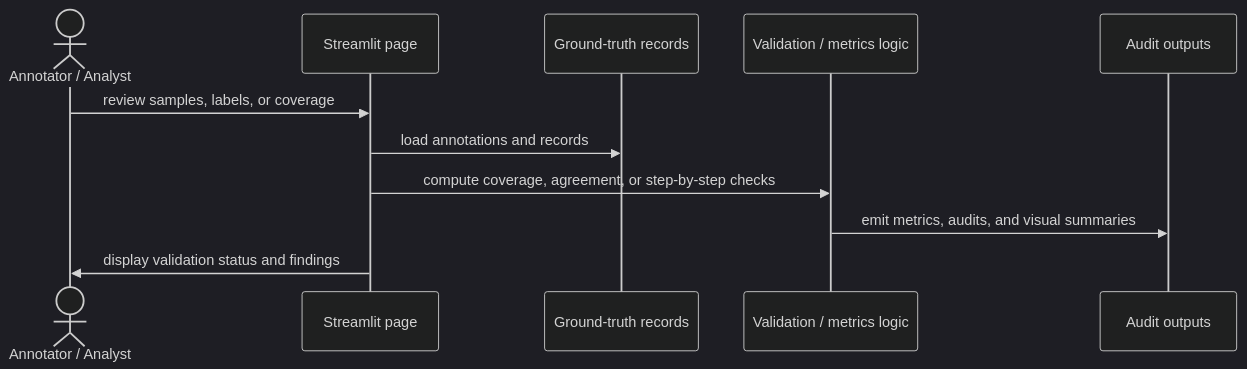
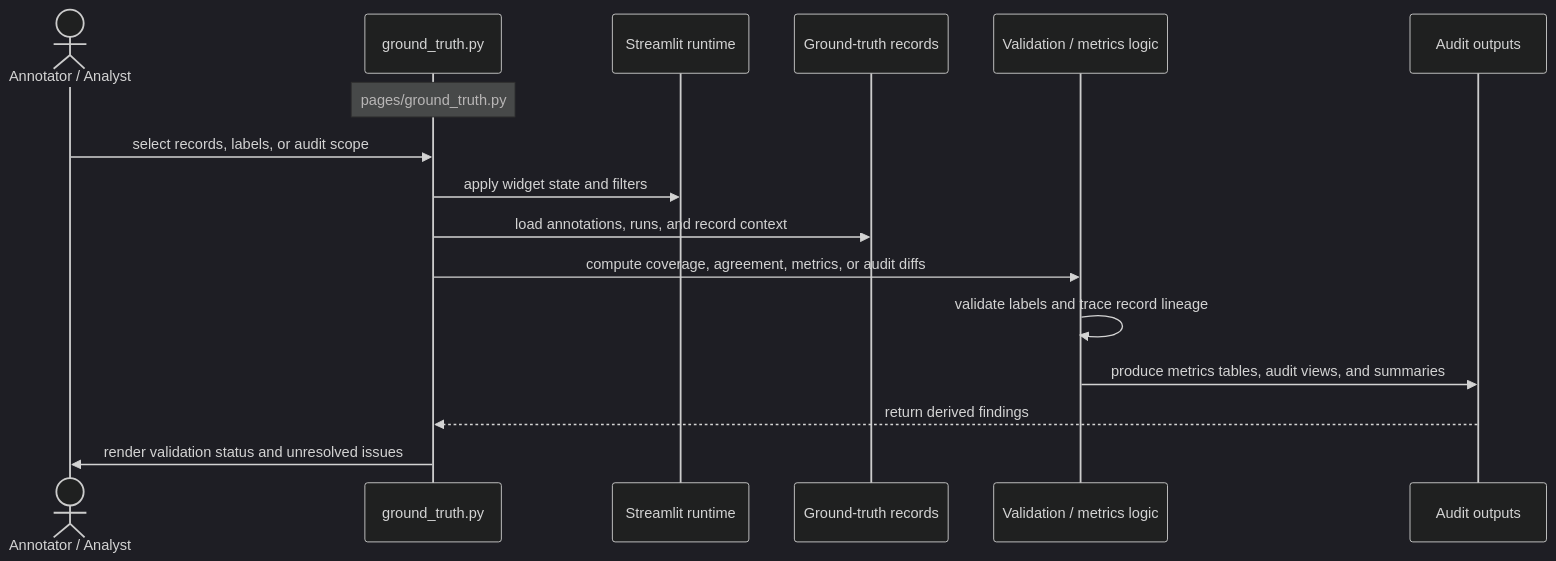
The diagram in new_page/documentation/streamlit_pages/mermaid_sequence_diagram/ground_truth.md (darisdzakwanhoesien2/benchmarks), drawn with Mermaid (dark theme) before and after one commit. The commit also changed other lines of this file and 49 other files, not shown here.

Commit message:
Adding Documentation with Mermaid Sequence Diagram

````diff
--- a/new_page/documentation/streamlit_pages/mermaid_sequence_diagram/ground_truth.md
+++ b/new_page/documentation/streamlit_pages/mermaid_sequence_diagram/ground_truth.md
@@ -7,13 +15,18 @@
 ```mermaid
 sequenceDiagram
     actor User as Annotator / Analyst
-    participant page as Streamlit page
+    participant page as ground_truth.py
+    participant runtime as Streamlit runtime
     participant data as Ground-truth records
     participant compute as Validation / metrics logic
     participant output as Audit outputs
-    User->>page: review samples, labels, or coverage
-    page->>data: load annotations and records
-    page->>compute: compute coverage, agreement, or step-by-step checks
-    compute->>output: emit metrics, audits, and visual summaries
-    page->>User: display validation status and findings
+    Note over page: pages/ground_truth.py
+    User->>page: select records, labels, or audit scope
+    page->>runtime: apply widget state and filters
+    page->>data: load annotations, runs, and record context
+    page->>compute: compute coverage, agreement, metrics, or audit diffs
+    compute->>compute: validate labels and trace record lineage
+    compute->>output: produce metrics tables, audit views, and summaries
+    output-->>page: return derived findings
+    page->>User: render validation status and unresolved issues
 ```
````
